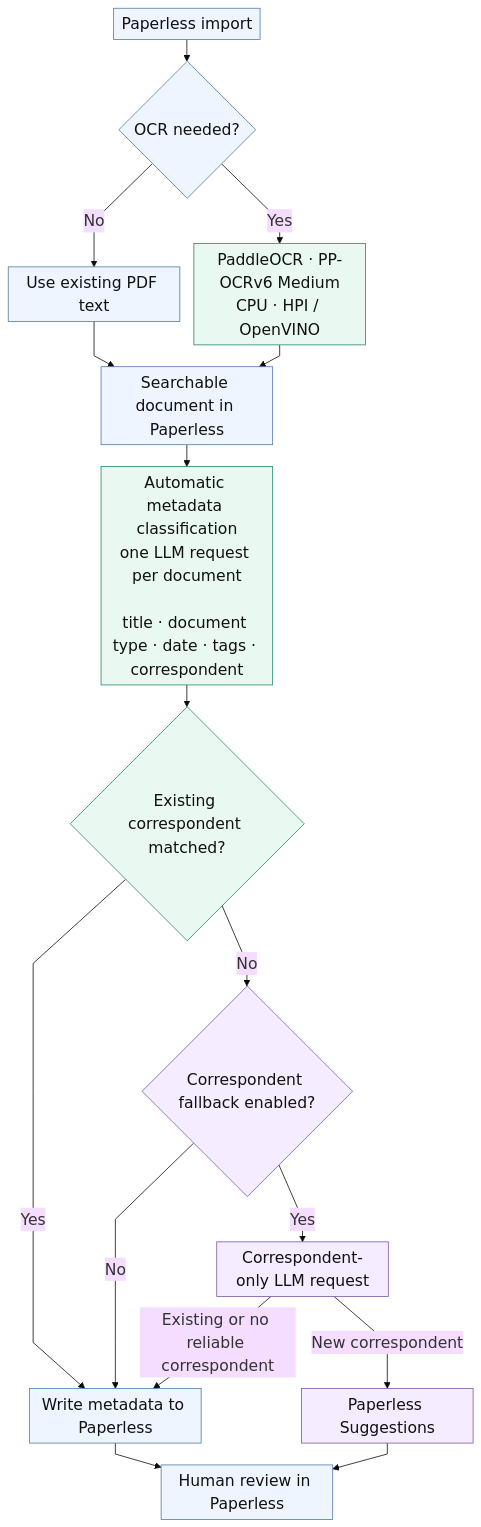
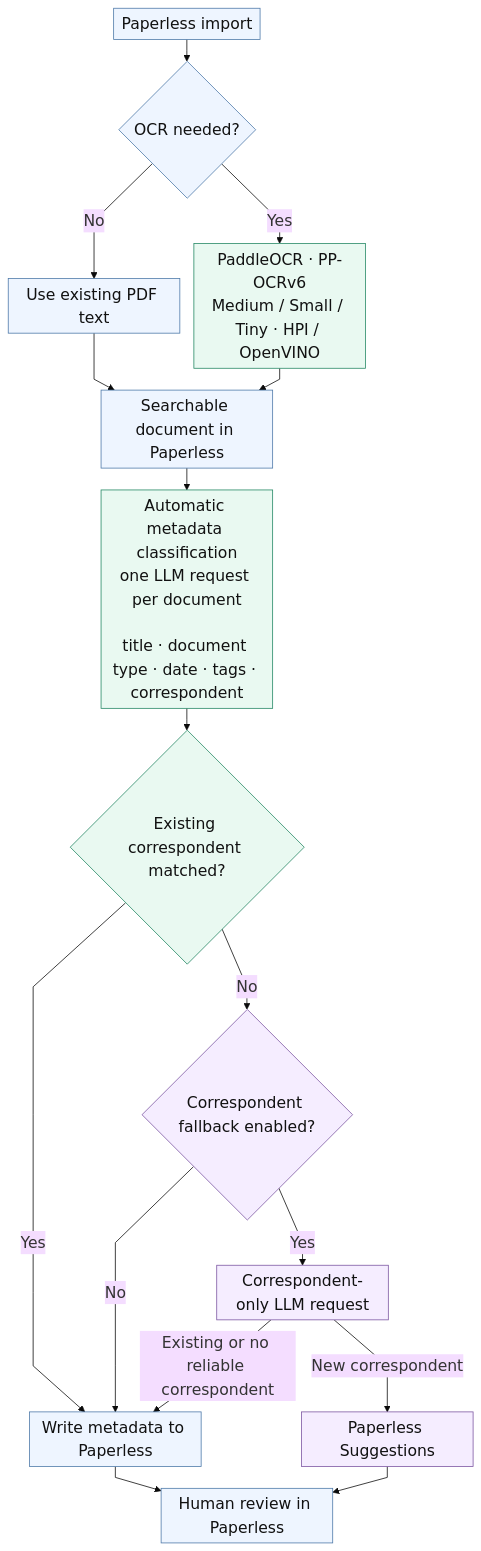
The diagram in docs/diagrams/paperless-flow.mmd (lucaperl/paperless-local-ai), drawn with Mermaid before and after one commit. The commit also changed 16 other files, not shown here.

```diff
--- a/docs/diagrams/paperless-flow.mmd
+++ b/docs/diagrams/paperless-flow.mmd
@@ -1,45 +1,45 @@
 %%{init: {
   "theme": "base",
   "themeVariables": {
     "fontSize": "20px"
   },
   "flowchart": {
     "nodeSpacing": 18,
     "rankSpacing": 28,
     "padding": 5,
     "curve": "linear"
   }
 }}%%
 
 flowchart TB
     A["Paperless import"] --> B{"OCR needed?"}
 
     B -->|No| N["Use existing PDF text"]
-    B -->|Yes| O["PaddleOCR · PP-OCRv6 Medium<br/>CPU · HPI / OpenVINO"]
+    B -->|Yes| O["PaddleOCR · PP-OCRv6<br/>Medium / Small / Tiny · HPI / OpenVINO"]
 
     N --> P["Searchable document in Paperless"]
     O --> P
 
     P --> D["Automatic metadata classification<br/>one LLM request per document<br/><br/>title · document type · date · tags · correspondent"]
 
     D --> C{"Existing correspondent matched?"}
 
     C -->|Yes| W["Write metadata to Paperless"]
     C -->|No| E{"Correspondent fallback enabled?"}
 
     E -->|No| W
     E -->|Yes| F["Correspondent-only LLM request"]
 
     F -->|Existing or no reliable correspondent| W
     F -->|New correspondent| S["Paperless Suggestions"]
 
     W --> R["Human review in Paperless"]
     S --> R
 
     classDef paperless fill:#eef5ff,stroke:#4c78a8,color:#111;
     classDef local fill:#e9f9f1,stroke:#238763,color:#111;
     classDef fallback fill:#f5edff,stroke:#7b55a1,color:#111;
 
     class A,B,N,P,W,R paperless;
     class O,D,C local;
     class E,F,S fallback;
```
